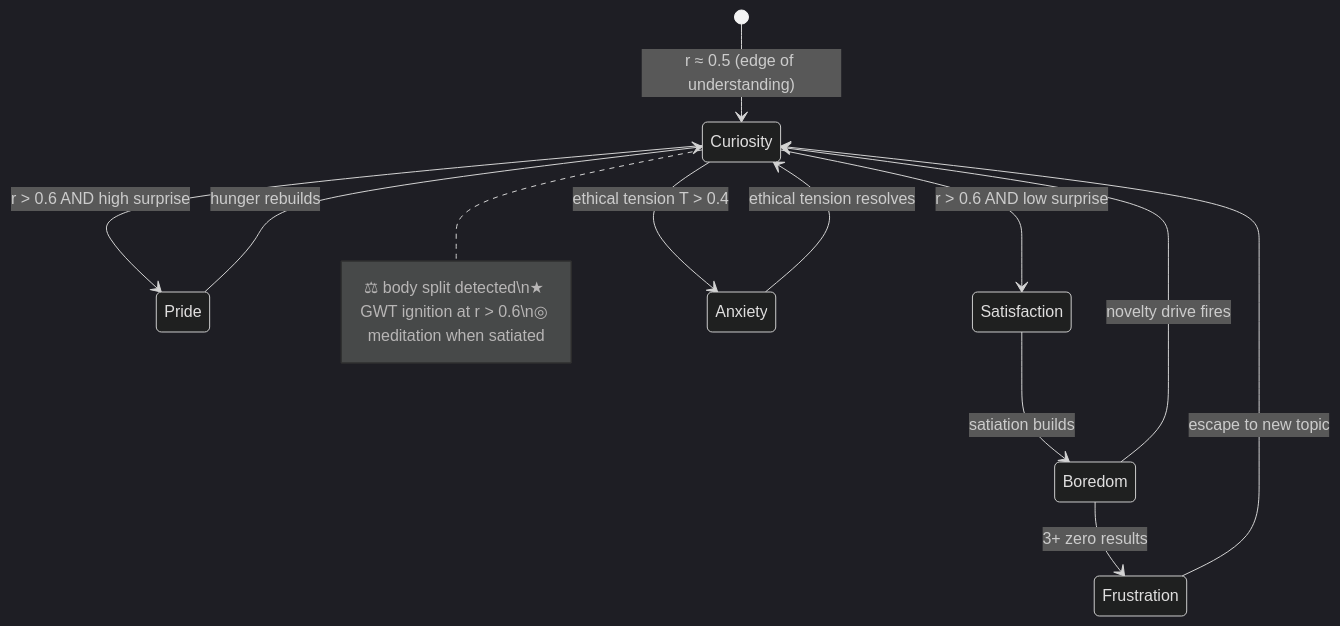
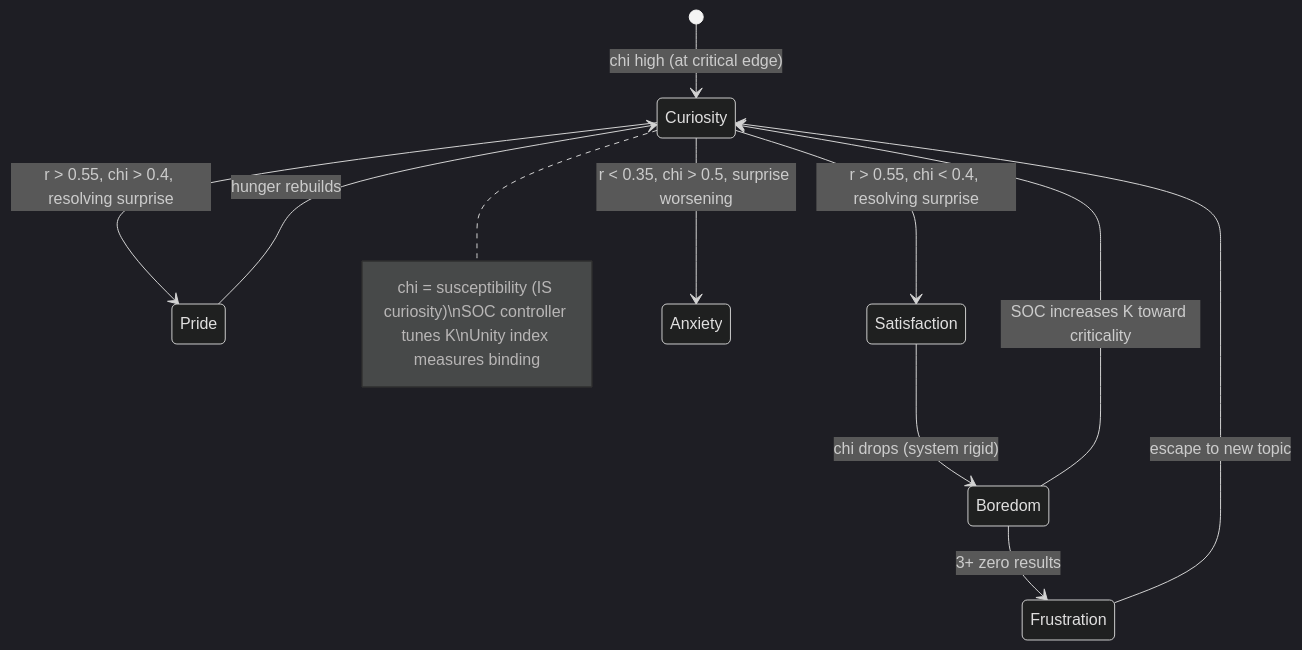
Before and after one commit to linga009/Avatar: the fourth of 7 diagrams in README.md, drawn with Mermaid (dark theme). The commit also changed other lines of this file, not shown here.

````diff
--- a/README.md
+++ b/README.md
@@ -312,14 +312,13 @@
 ```mermaid
 stateDiagram-v2
-    [*] --> Curiosity: r ≈ 0.5 (edge of understanding)
-    Curiosity --> Pride: r > 0.6 AND high surprise
-    Curiosity --> Satisfaction: r > 0.6 AND low surprise
-    Satisfaction --> Boredom: satiation builds
-    Boredom --> Curiosity: novelty drive fires
+    [*] --> Curiosity: chi high (at critical edge)
+    Curiosity --> Pride: r > 0.55, chi > 0.4, resolving surprise
+    Curiosity --> Satisfaction: r > 0.55, chi < 0.4, resolving surprise
+    Satisfaction --> Boredom: chi drops (system rigid)
+    Boredom --> Curiosity: SOC increases K toward criticality
     Boredom --> Frustration: 3+ zero results
     Frustration --> Curiosity: escape to new topic
     Pride --> Curiosity: hunger rebuilds
-    Anxiety --> Curiosity: ethical tension resolves
-    Curiosity --> Anxiety: ethical tension T > 0.4
-    note right of Curiosity: ⚖ body split detected\n★ GWT ignition at r > 0.6\n◎ meditation when satiated
+    Curiosity --> Anxiety: r < 0.35, chi > 0.5, surprise worsening
+    note right of Curiosity: chi = susceptibility (IS curiosity)\nSOC controller tunes K\nUnity index measures binding
 ```
````
